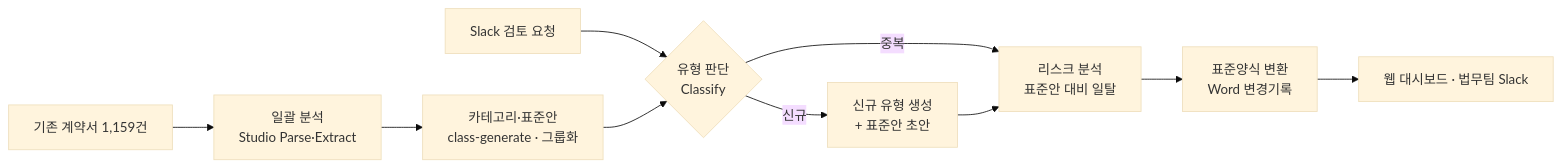
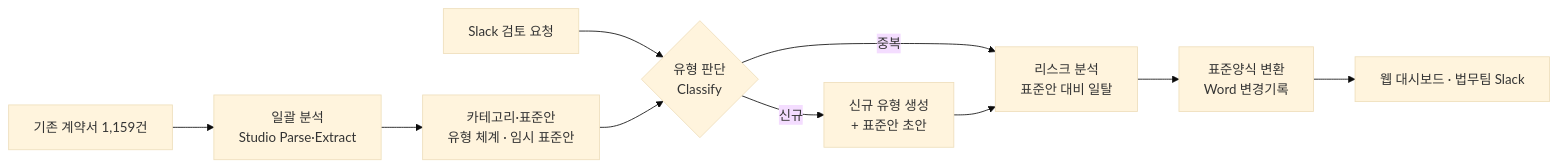
Before and after one commit to Joy-CBS/adapt-contracts-manage: the diagram in docs/architecture.md, drawn with Mermaid (base theme). The commit also changed other lines of this file, not shown here.

````diff
--- a/docs/architecture.md
+++ b/docs/architecture.md
@@ -5,12 +5,12 @@
 ```mermaid
 flowchart LR
   A[기존 계약서 1,159건] --> B[일괄 분석<br/>Studio Parse·Extract]
-  B --> C[카테고리·표준안<br/>class-generate · 그룹화]
+  B --> C[카테고리·표준안<br/>유형 체계 · 임시 표준안]
   S[Slack 검토 요청] --> D{유형 판단<br/>Classify}
   C --> D
   D -- 중복 --> R[리스크 분석<br/>표준안 대비 일탈]
   D -- 신규 --> N[신규 유형 생성<br/>+ 표준안 초안]
   N --> R
   R --> W[표준양식 변환<br/>Word 변경기록]
   W --> O[웹 대시보드 · 법무팀 Slack]
 ```
````
